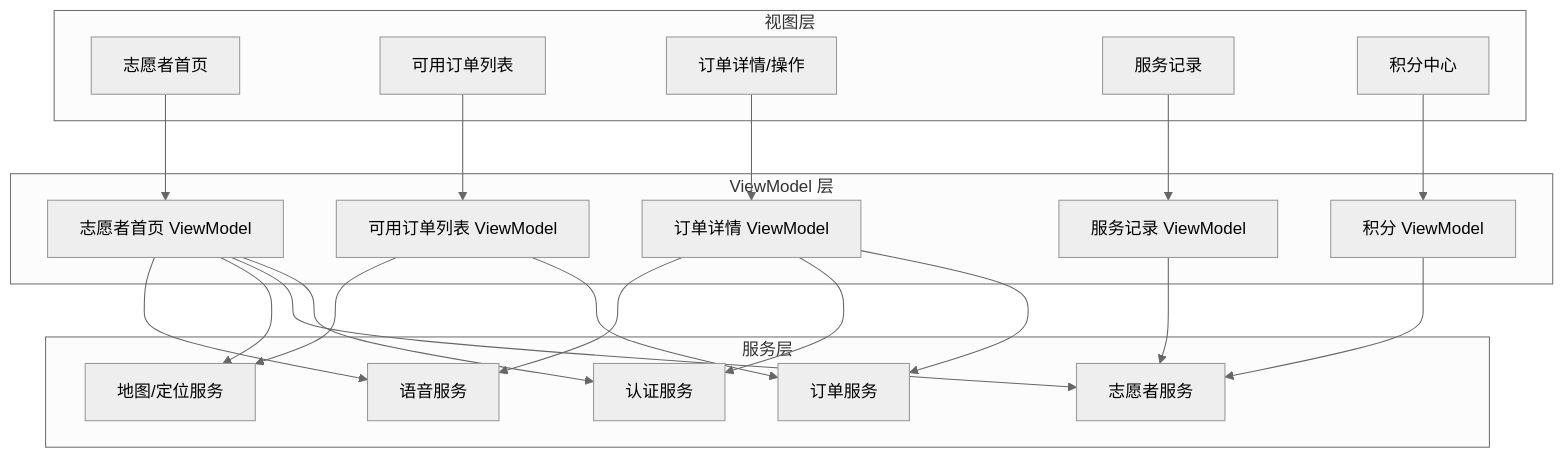
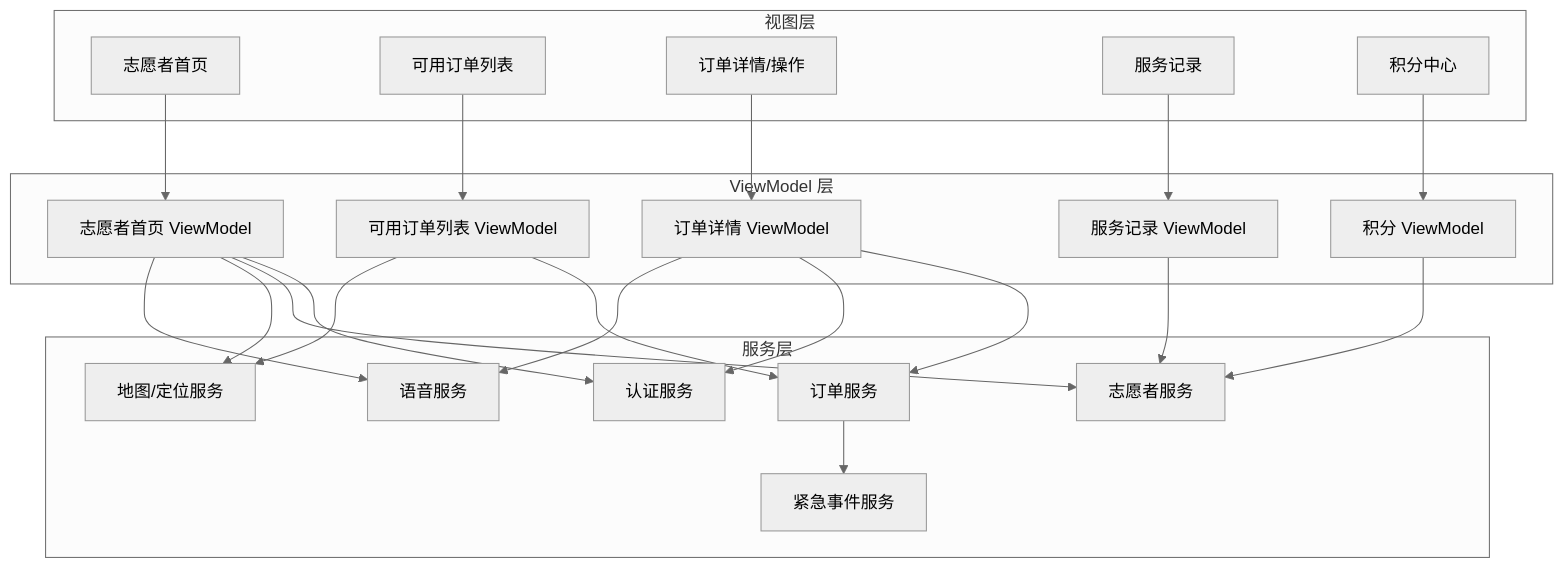
One commit to Jayden23018/blind-run-ios changed the second of 12 diagrams in .qoder/repowiki/zh/content/核心功能模块/志愿者功能/志愿者功能.md. Above: the diagram before and after it, drawn with Mermaid (neutral theme). The commit also changed other lines of this file and 11 other files, not shown here.

Commit message:
Unify emergency safety flow and status handling

````diff
--- a/.qoder/repowiki/zh/content/核心功能模块/志愿者功能/志愿者功能.md
+++ b/.qoder/repowiki/zh/content/核心功能模块/志愿者功能/志愿者功能.md
@@ -129,40 +154,42 @@
 ```mermaid
 graph TB
 subgraph "视图层"
 VHome["志愿者首页"]
 VList["可用订单列表"]
 VDetail["订单详情/操作"]
 VRecords["服务记录"]
 VPoints["积分中心"]
 end
 subgraph "ViewModel 层"
 VMHome["志愿者首页 ViewModel"]
 VMList["可用订单列表 ViewModel"]
 VMOrder["订单详情 ViewModel"]
 VMRecords["服务记录 ViewModel"]
 VMPoints["积分 ViewModel"]
 end
 subgraph "服务层"
 SAuth["认证服务"]
 SVol["志愿者服务"]
 SOrd["订单服务"]
 SMap["地图/定位服务"]
 SSpeech["语音服务"]
+SEmer["紧急事件服务"]
 end
 VHome --> VMHome
 VList --> VMList
 VDetail --> VMOrder
 VRecords --> VMRecords
 VPoints --> VMPoints
 VMHome --> SAuth
 VMHome --> SVol
 VMHome --> SMap
 VMHome --> SSpeech
 VMList --> SOrd
 VMList --> SMap
 VMOrder --> SOrd
 VMOrder --> SAuth
 VMOrder --> SSpeech
 VMRecords --> SVol
 VMPoints --> SVol
+SOrd --> SEmer
 ```
````
